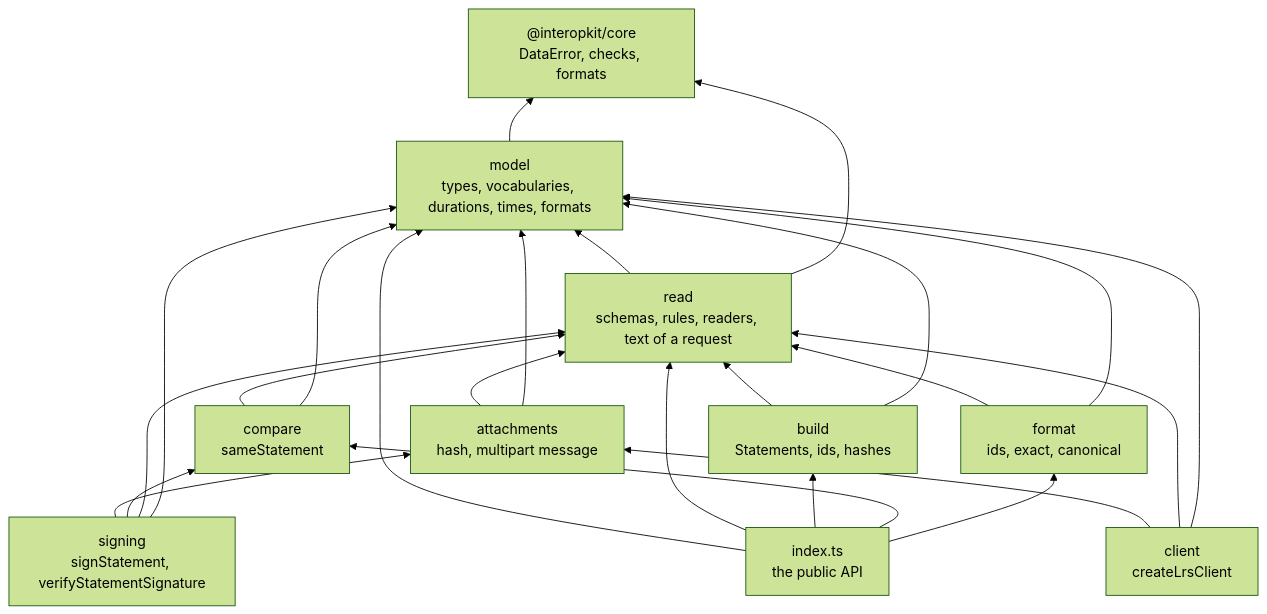
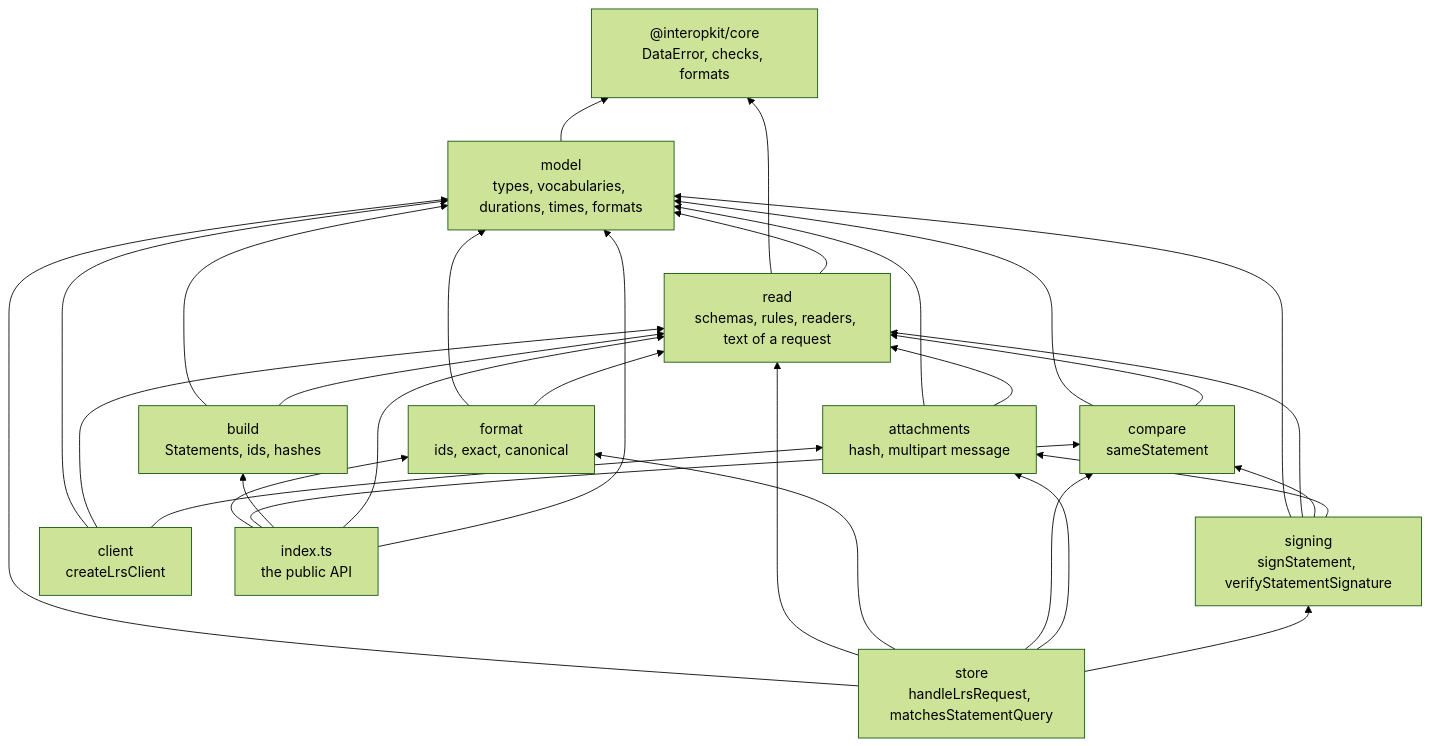
The first of 2 diagrams in docs/learning-records/architecture.md (interopkit/interopkit), drawn with Mermaid (forest theme) before and after one commit. The commit also changed other lines of this file and 56 other files, not shown here.

````diff
--- a/docs/learning-records/architecture.md
+++ b/docs/learning-records/architecture.md
@@ -10,36 +10,43 @@
 ```mermaid
 flowchart BT
   core["@interopkit/core<br/>DataError, checks, formats"]
   model["model<br/>types, vocabularies, durations, times, formats"]
   read["read<br/>schemas, rules, readers, text of a request"]
   build["build<br/>Statements, ids, hashes"]
   compare["compare<br/>sameStatement"]
   format["format<br/>ids, exact, canonical"]
   attachments["attachments<br/>hash, multipart message"]
   signing["signing<br/>signStatement, verifyStatementSignature"]
   client["client<br/>createLrsClient"]
+  store["store<br/>handleLrsRequest, matchesStatementQuery"]
   root["index.ts<br/>the public API"]
   read --> model
   read --> core
   model --> core
   build --> read
   compare --> read
   format --> read
   build --> model
   compare --> model
   format --> model
   attachments --> read
   attachments --> model
   signing --> attachments
   signing --> compare
   signing --> read
   signing --> model
   client --> attachments
   client --> read
   client --> model
+  store --> signing
+  store --> attachments
+  store --> compare
+  store --> format
+  store --> read
+  store --> model
   root --> model
   root --> read
   root --> build
   root --> compare
   root --> format
 ```
````
